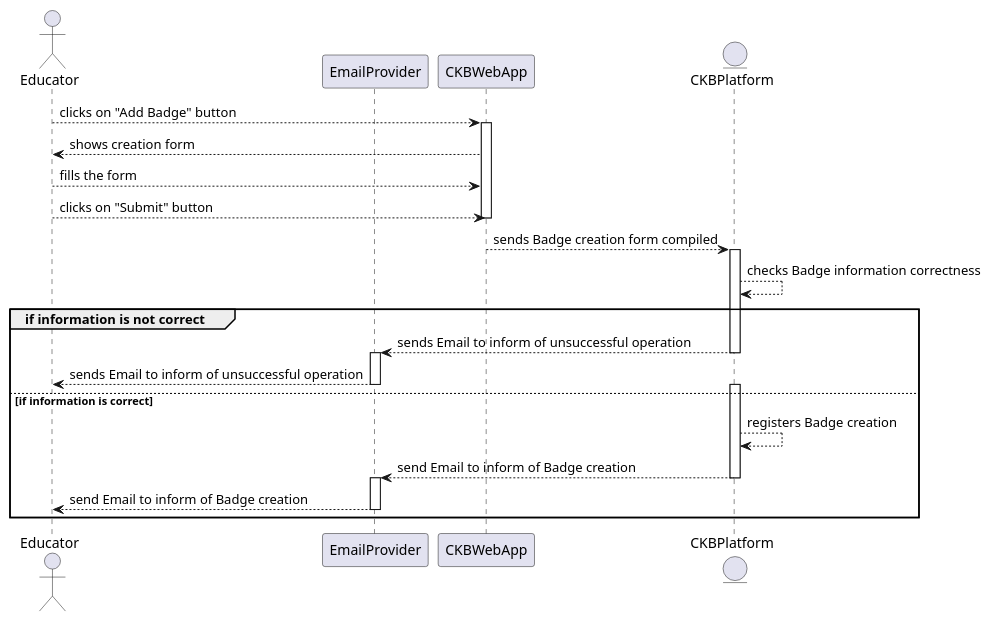
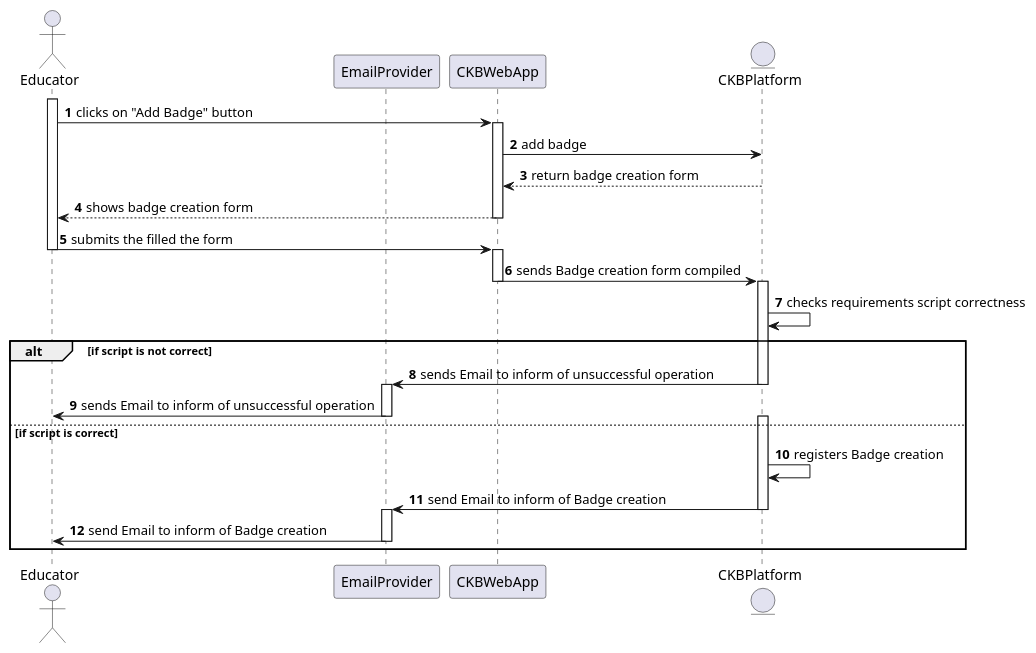
The diagram in _RASD/Images/UML/sequenceDiagram/sequenceDiagramUC7.wsd (Angelo7672/SE2_Requirement-and-Design-Document), drawn with PlantUML before and after one commit. The commit also changed 24 other files, not shown here.

Commit message:
sequence diagram fix

```diff
--- a/_RASD/Images/UML/sequenceDiagram/sequenceDiagramUC7.wsd
+++ b/_RASD/Images/UML/sequenceDiagram/sequenceDiagramUC7.wsd
@@ -1,31 +1,41 @@
 @startuml
+
+autonumber
+
 actor Educator as E
 participant EmailProvider as EP
 participant CKBWebApp as A
 entity CKBPlatform as P
 
-E-->A: clicks on "Add Badge" button
+activate E
+E -> A: clicks on "Add Badge" button
 activate A
-E<--A: shows creation form
-E-->A: fills the form
-E-->A: clicks on "Submit" button 
+A -> P: add badge
+P --> A: return badge creation form
+E <-- A: shows badge creation form
 deactivate A
-A-->P: sends Badge creation form compiled
+E -> A: submits the filled the form
+deactivate E
+activate A
+A -> P: sends Badge creation form compiled
+deactivate A
 activate P
-P-->P: checks Badge information correctness
-group if information is not correct
-    P-->EP: sends Email to inform of unsuccessful operation
+P -> P: checks requirements script correctness
+
+alt if script is not correct
+    P -> EP: sends Email to inform of unsuccessful operation
     deactivate P
     activate EP
-    E<--EP: sends Email to inform of unsuccessful operation
+    E <- EP: sends Email to inform of unsuccessful operation
     deactivate EP
-else if information is correct
+else if script is correct
     activate P
-    P-->P: registers Badge creation
-    P-->EP: send Email to inform of Badge creation
+    P -> P: registers Badge creation
+    P -> EP: send Email to inform of Badge creation
     deactivate P
     activate EP
-    E<--EP: send Email to inform of Badge creation
+    E <- EP: send Email to inform of Badge creation
     deactivate EP
 end
+
 @enduml
```
